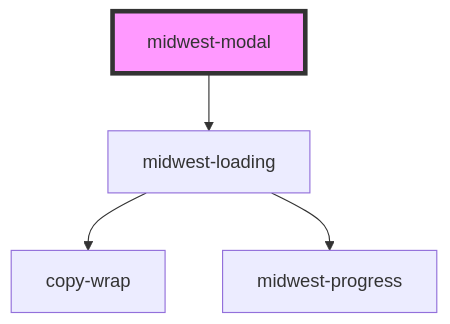
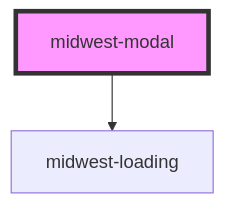
Before and after one commit to splitinfinities/Midwest: the diagram in packages/helpers/docs/components/modal/readme.md, drawn with Mermaid. The commit also changed 33 other files, not shown here.

````diff
--- a/packages/helpers/docs/components/modal/readme.md
+++ b/packages/helpers/docs/components/modal/readme.md
@@ -34,7 +34,5 @@
 ```mermaid
 graph TD;
   midwest-modal --> midwest-loading
-  midwest-loading --> copy-wrap
-  midwest-loading --> midwest-progress
   style midwest-modal fill:#f9f,stroke:#333,stroke-width:4px
 ```
````
